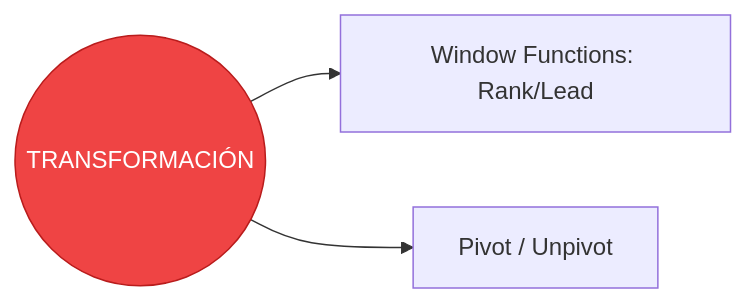
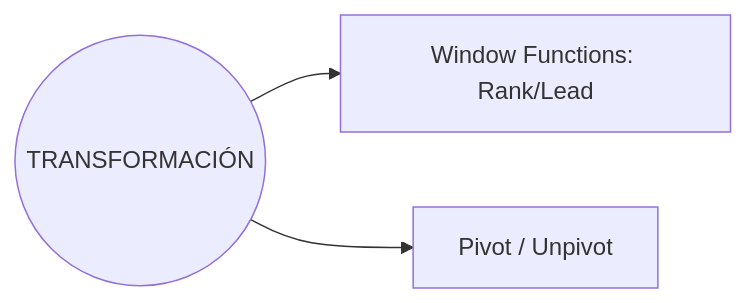
The sixth of 12 diagrams in README.md (rraulherediaa/PracticasEstructurasDatos), drawn with Mermaid before and after one commit. The commit also changed other lines of this file and 1 other file, not shown here.

Commit message:
fix: simplificar diagramas Mermaid al máximo para asegurar compatibilidad total

````diff
--- a/README.md
+++ b/README.md
@@ -82,9 +67,6 @@
 ```mermaid
 flowchart LR
     Trans(("TRANSFORMACIÓN"))
     Trans --> Win["Window Functions: Rank/Lead"]
     Trans --> Pivot["Pivot / Unpivot"]
-
-    classDef core fill:#ef4444,color:#fff,stroke:#b91c1c
-    class Trans core
 ```
````
